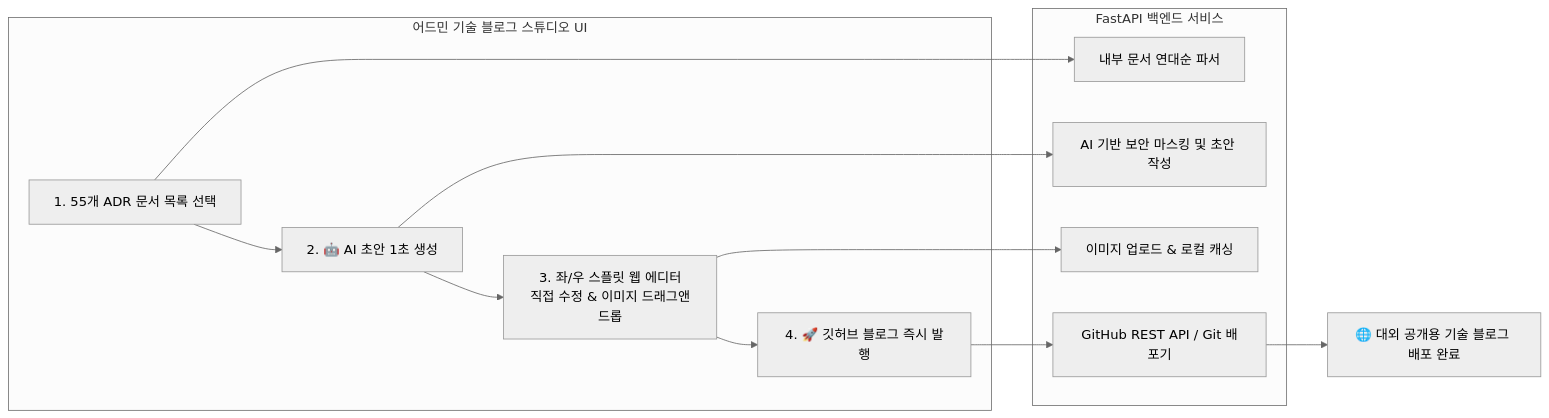
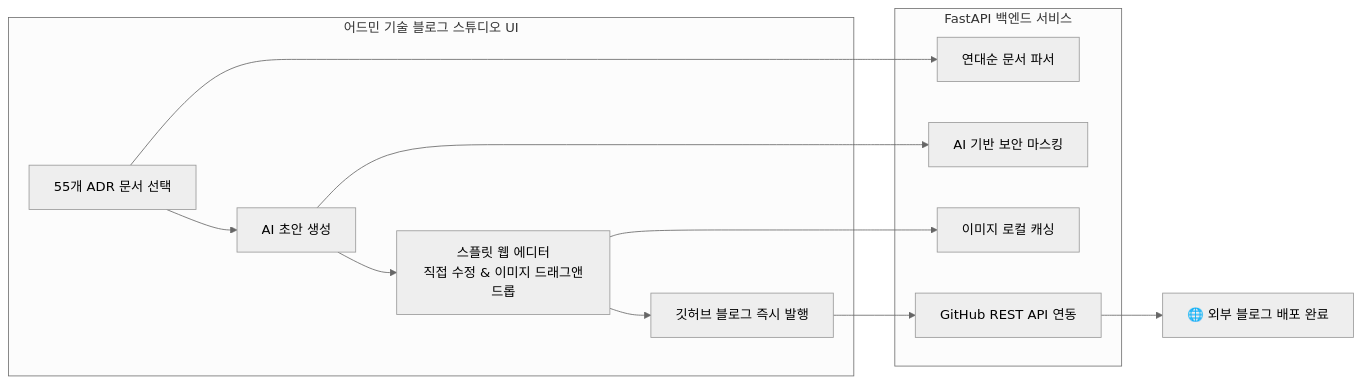
Before and after one commit to daniel-dataflow/daniel-dataflow.github.io: the diagram in content/posts/picksafe/2026-08-29-어드민-웹-기반-기술-블로그-스튜디오-및-깃허브-퍼블리셔-구축.md, drawn with Mermaid (neutral theme). The commit also changed other lines of this file and 62 other files, not shown here.

````diff
--- a/content/posts/picksafe/2026-08-29-어드민-웹-기반-기술-블로그-스튜디오-및-깃허브-퍼블리셔-구축.md
+++ b/content/posts/picksafe/2026-08-29-어드민-웹-기반-기술-블로그-스튜디오-및-깃허브-퍼블리셔-구축.md
@@ -38,21 +32,21 @@
 ```mermaid
 flowchart LR
     subgraph Admin_Frontend [어드민 기술 블로그 스튜디오 UI]
-        A1[1. 55개 ADR 문서 목록 선택] --> A2[2. 🤖 AI 초안 1초 생성]
-        A2 --> A3[3. 좌/우 스플릿 웹 에디터<br/>직접 수정 & 이미지 드래그앤드롭]
-        A3 --> A4[4. 🚀 깃허브 블로그 즉시 발행]
+        A1[55개 ADR 문서 선택] --> A2[AI 초안 생성]
+        A2 --> A3[스플릿 웹 에디터<br/>직접 수정 & 이미지 드래그앤드롭]
+        A3 --> A4[깃허브 블로그 즉시 발행]
     end
 
     subgraph Backend_Engine [FastAPI 백엔드 서비스]
-        B1[내부 문서 연대순 파서]
-        B2[AI 기반 보안 마스킹 및 초안 작성]
-        B3[이미지 업로드 & 로컬 캐싱]
-        B4[GitHub REST API / Git 배포기]
+        B1[연대순 문서 파서]
+        B2[AI 기반 보안 마스킹]
+        B3[이미지 로컬 캐싱]
+        B4[GitHub REST API 연동]
     end
 
     A1 --> B1
     A2 --> B2
     A3 --> B3
     A4 --> B4
-    B4 --> C[🌐 대외 공개용 기술 블로그 배포 완료]
+    B4 --> C[🌐 외부 블로그 배포 완료]
 ```
````
